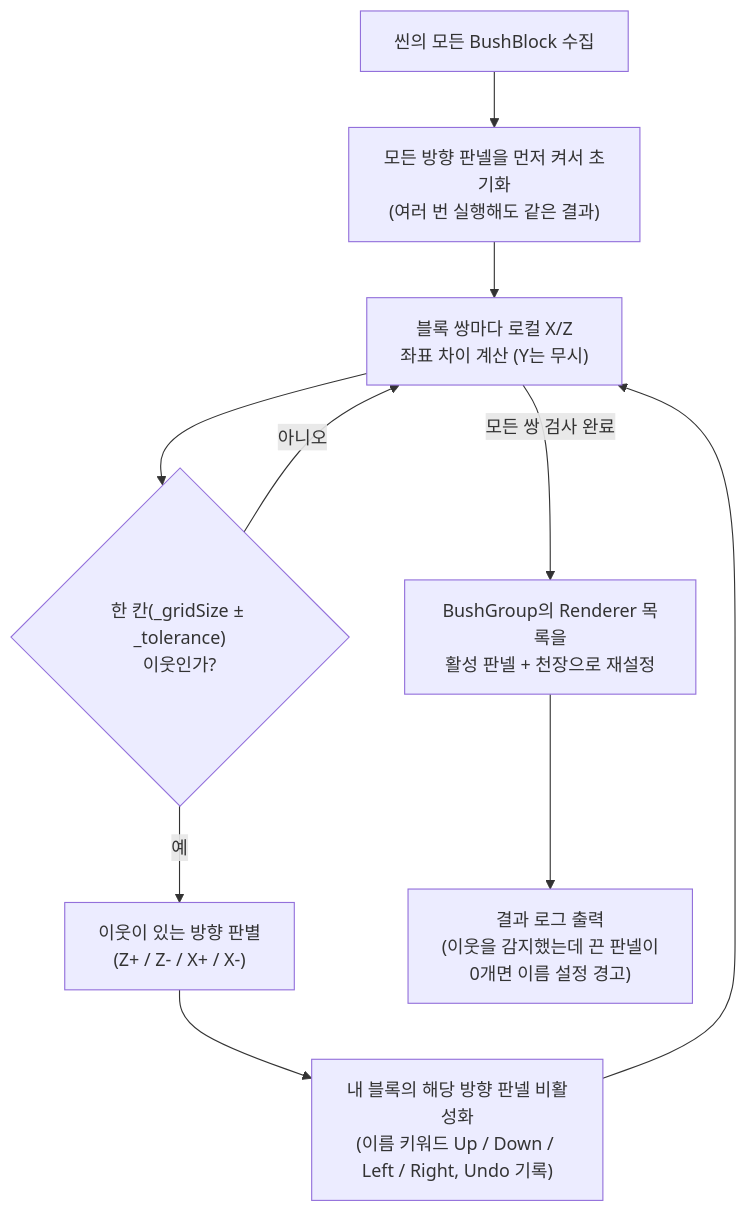
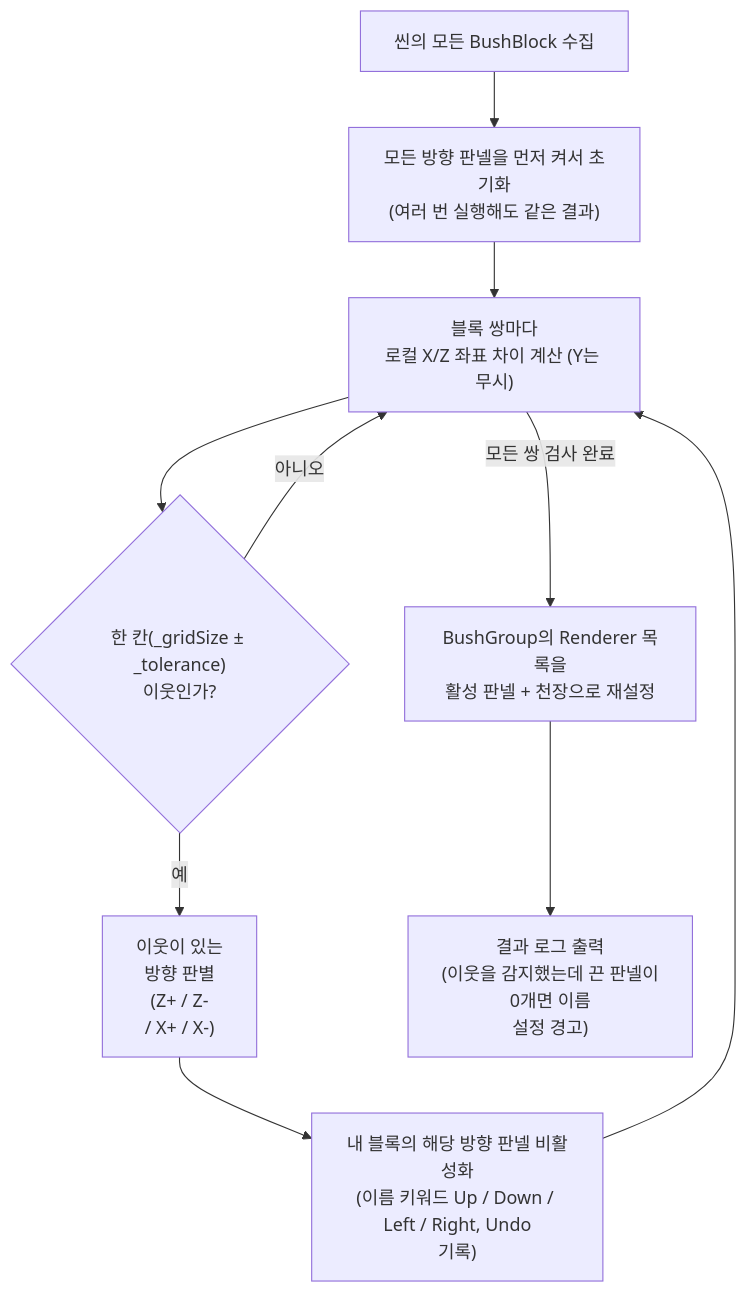
One commit to gesua/PanzerCity_scripts changed the eighth of 9 diagrams in README.md. Above: the diagram before and after it, drawn with Mermaid. The commit also changed other lines of this file, not shown here.

````diff
--- a/README.md
+++ b/README.md
@@ -525,12 +526,12 @@
 ```mermaid
 flowchart TD
-    A["씬의 모든 BushBlock 수집"] --> B["모든 방향 판넬을 먼저 켜서 초기화<br/>(여러 번 실행해도 같은 결과)"]
-    B --> C["블록 쌍마다 로컬 X/Z<br/>좌표 차이 계산 (Y는 무시)"]
-    C --> D{"한 칸(_gridSize ± _tolerance)<br/>이웃인가?"}
+    A["씬의 모든 BushBlock 수집"] --> B["모든 방향 판넬을 먼저 켜서 초기화<br>(여러 번 실행해도 같은 결과)"]
+    B --> C["블록 쌍마다<br>로컬 X/Z 좌표 차이 계산 (Y는 무시)"]
+    C --> D{"한 칸(_gridSize ± _tolerance)<br>이웃인가?"}
     D -- 아니오 --> C
-    D -- 예 --> E["이웃이 있는 방향 판별<br/>(Z+ / Z- / X+ / X-)"]
-    E --> F["내 블록의 해당 방향 판넬 비활성화<br/>(이름 키워드 Up / Down / Left / Right, Undo 기록)"]
+    D -- 예 --> E["이웃이 있는<br>방향 판별<br>(Z+ / Z-<br>/ X+ / X-)"]
+    E --> F["내 블록의 해당 방향 판넬 비활성화<br>(이름 키워드 Up / Down / Left / Right, Undo<br>기록)"]
     F --> C
-    C -- 모든 쌍 검사 완료 --> G["BushGroup의 Renderer 목록을<br/>활성 판넬 + 천장으로 재설정"]
-    G --> H["결과 로그 출력<br/>(이웃을 감지했는데 끈 판넬이<br/>0개면 이름 설정 경고)"]
+    C -- 모든 쌍 검사 완료 --> G["BushGroup의 Renderer 목록을<br>활성 판넬 + 천장으로 재설정"]
+    G --> H["결과 로그 출력<br>(이웃을 감지했는데 끈 판넬이<br>0개면 이름<br>설정 경고)"]
 ```
````
